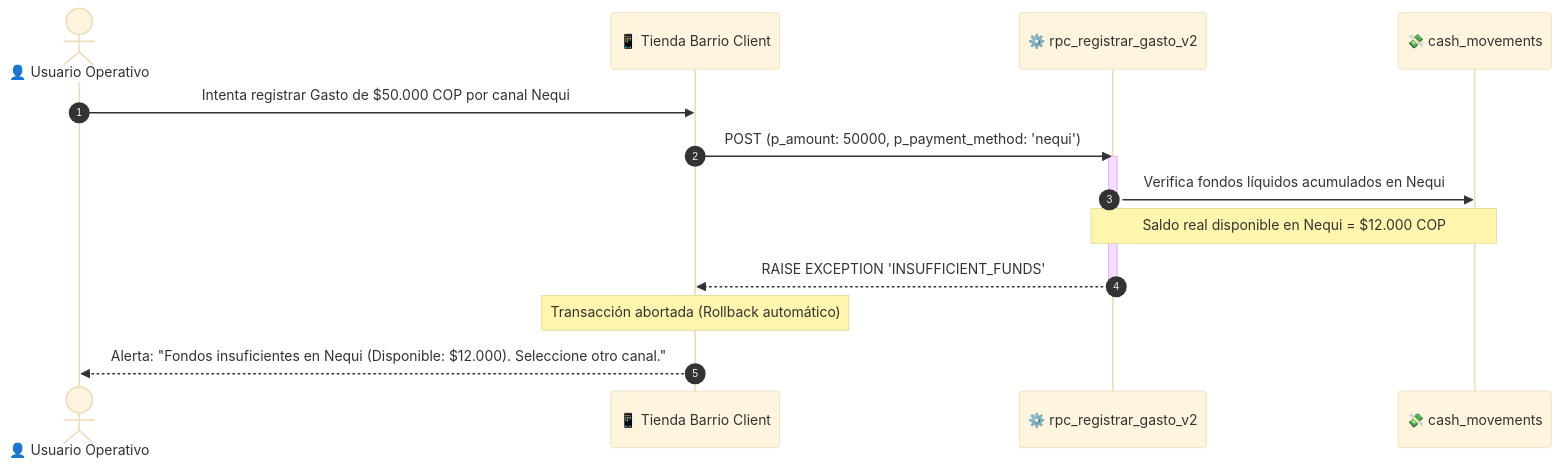
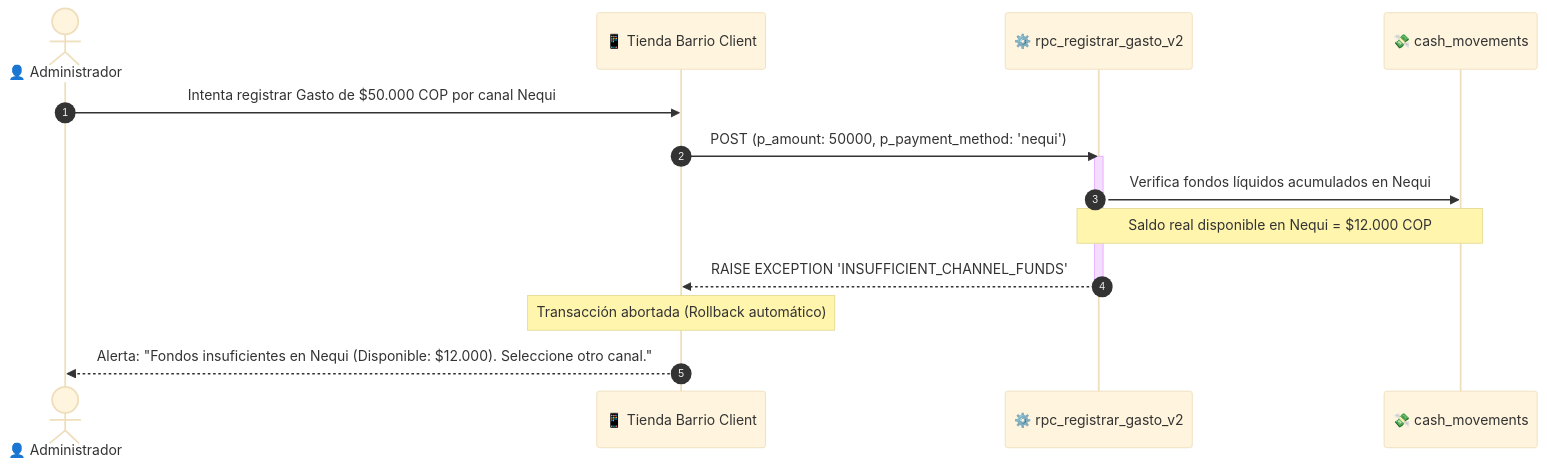
Before and after one commit to YamirJCF/tienda-barrio-pro: the second of 4 diagrams in documentation/01_requirements/SDD/SDD_026_POLITICA_GASTOS_INMEDIATOS.md, drawn with Mermaid (base theme). The commit also changed other lines of this file and 4 other files, not shown here.

````diff
--- a/documentation/01_requirements/SDD/SDD_026_POLITICA_GASTOS_INMEDIATOS.md
+++ b/documentation/01_requirements/SDD/SDD_026_POLITICA_GASTOS_INMEDIATOS.md
@@ -109,18 +111,18 @@
 ```mermaid
 sequenceDiagram
     autonumber
-    actor Usuario as 👤 Usuario Operativo
+    actor Administrador as 👤 Administrador
     participant UI as 📱 Tienda Barrio Client
     participant RPC as ⚙️ rpc_registrar_gasto_v2
     participant CM as 💸 cash_movements
 
-    Usuario->>UI: Intenta registrar Gasto de $50.000 COP por canal Nequi
+    Administrador->>UI: Intenta registrar Gasto de $50.000 COP por canal Nequi
     UI->>RPC: POST (p_amount: 50000, p_payment_method: 'nequi')
     activate RPC
     RPC->>CM: Verifica fondos líquidos acumulados en Nequi
     Note over RPC,CM: Saldo real disponible en Nequi = $12.000 COP
-    RPC-->>UI: RAISE EXCEPTION 'INSUFFICIENT_FUNDS'
+    RPC-->>UI: RAISE EXCEPTION 'INSUFFICIENT_CHANNEL_FUNDS'
     deactivate RPC
     Note over UI: Transacción abortada (Rollback automático)
-    UI-->>Usuario: Alerta: "Fondos insuficientes en Nequi (Disponible: $12.000). Seleccione otro canal."
+    UI-->>Administrador: Alerta: "Fondos insuficientes en Nequi (Disponible: $12.000). Seleccione otro canal."
 ```
````
